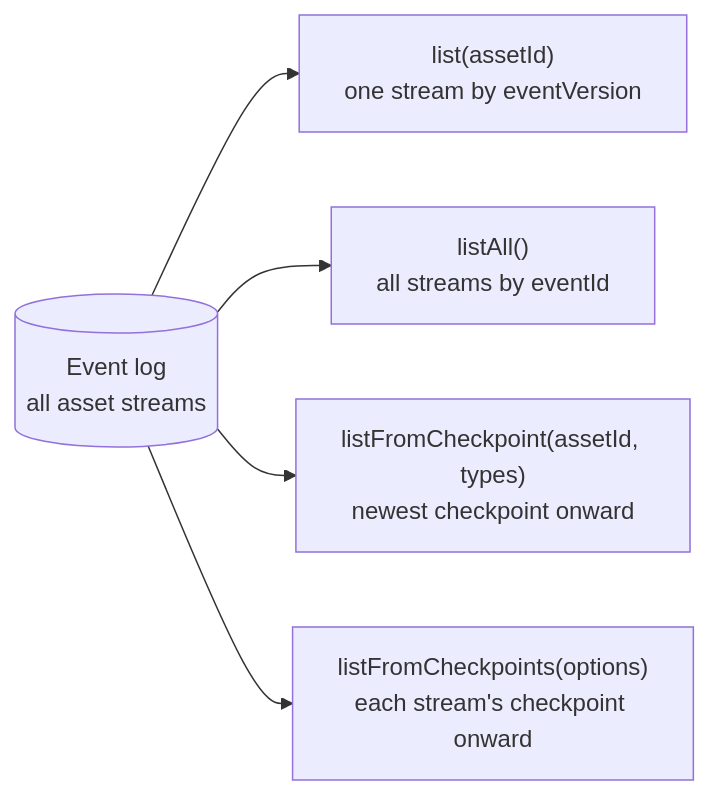
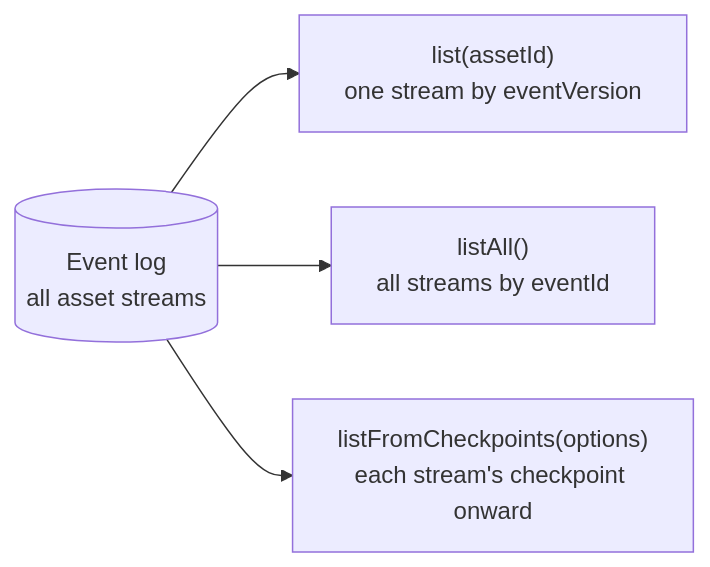
The third of 4 diagrams in packages/event-store/ARCHITECTURE.md (JollyPixel/editor), drawn with Mermaid before and after one commit. The commit also changed other lines of this file and 28 other files, not shown here.

Commit message:
refactor(event-store): improve architecture

````diff
--- a/packages/event-store/ARCHITECTURE.md
+++ b/packages/event-store/ARCHITECTURE.md
@@ -79,13 +80,11 @@
 ```mermaid
 flowchart LR
     Log[("Event log<br/>all asset streams")]
     One["list(assetId)<br/>one stream by eventVersion"]
     All["listAll()<br/>all streams by eventId"]
-    OneCheckpoint["listFromCheckpoint(assetId, types)<br/>newest checkpoint onward"]
     Checkpoints["listFromCheckpoints(options)<br/>each stream's checkpoint onward"]
 
     Log --> One
     Log --> All
-    Log --> OneCheckpoint
     Log --> Checkpoints
 ```
````
